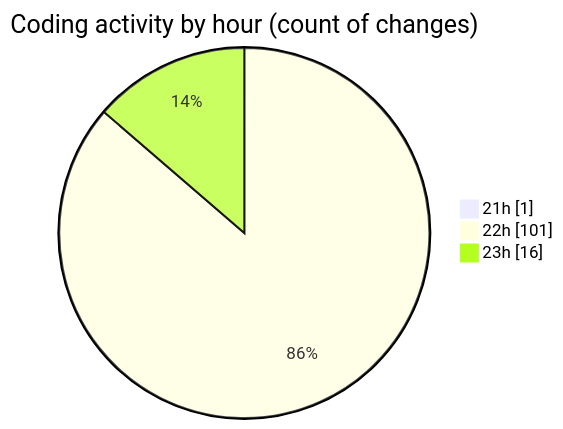
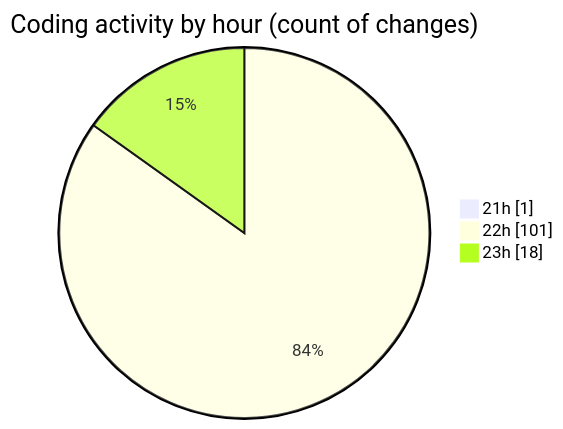
The second of 2 diagrams in 2026-04-07/t2s/README.md (Unknowalive/code-tracking), drawn with Mermaid before and after one commit. The commit also changed other lines of this file and 1 other file, not shown here.

````diff
--- a/2026-04-07/t2s/README.md
+++ b/2026-04-07/t2s/README.md
@@ -100,7 +101,7 @@
 ```mermaid
 pie showData
 title Coding activity by hour (count of changes)
 "21h" : 1
 "22h" : 101
-"23h" : 16
+"23h" : 18
 ```
````
